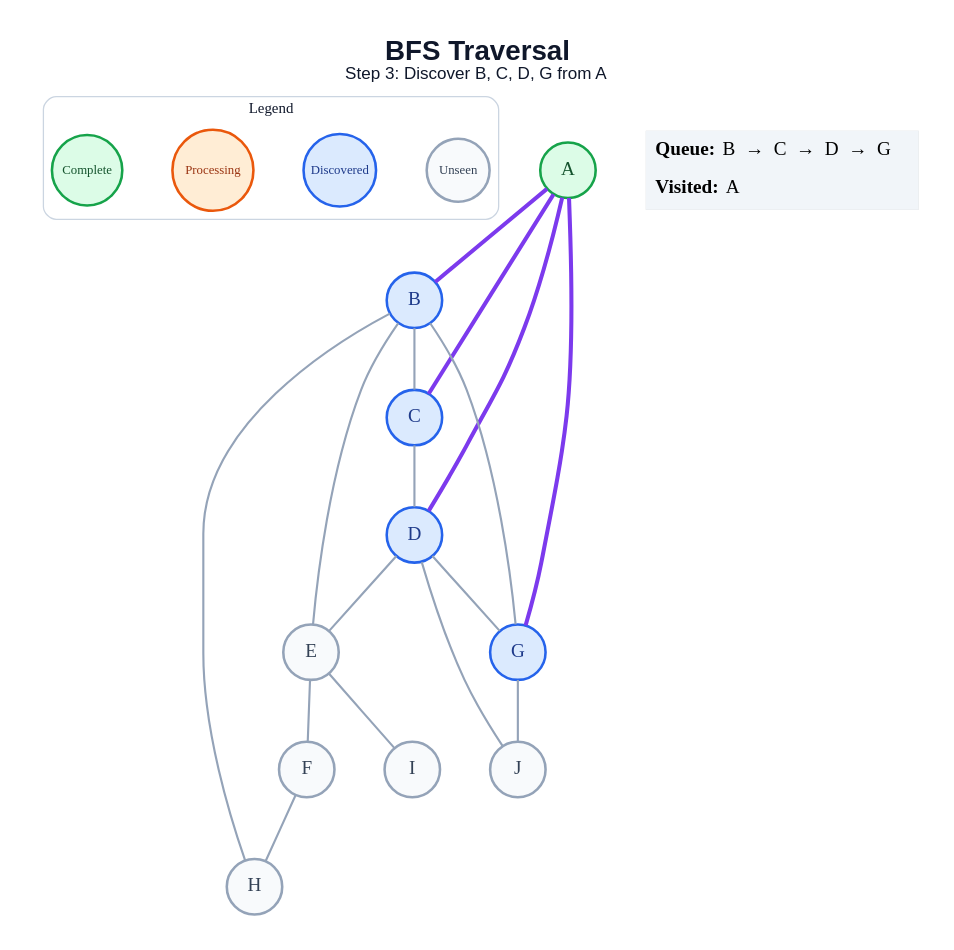
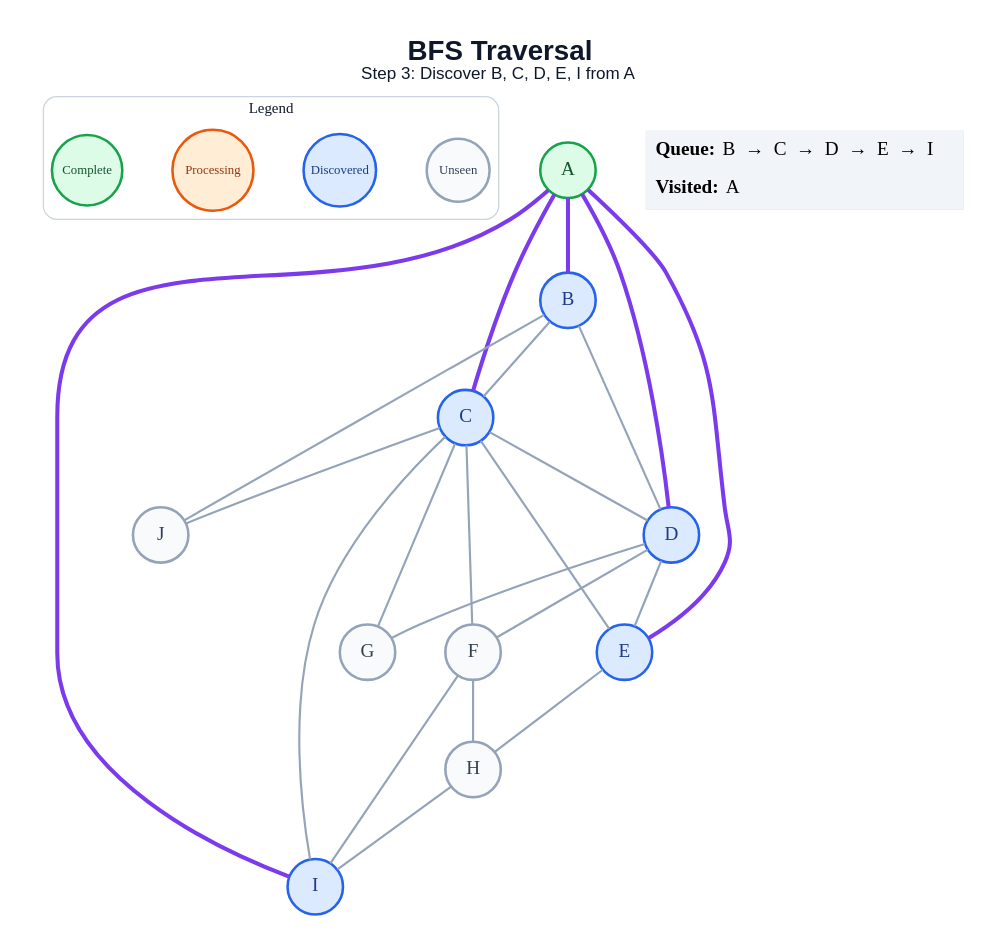
The diagram in generated/bfs/step_03.dot (amanghodawala9/ai-slop), drawn with Graphviz before and after one commit. The commit also changed 178 other files, not shown here.

```diff
--- a/generated/bfs/step_03.dot
+++ b/generated/bfs/step_03.dot
@@ -1,45 +1,50 @@
 graph traversal {
   graph [layout=dot, rankdir=TB, bgcolor="#FFFFFF", pad="0.35", nodesep="0.65", ranksep="0.8", fontname="Arial"];
   node [shape=circle, style="filled", fontname="Arial Bold", fontsize=18, width=0.72, fixedsize=true, penwidth=2.4];
   edge [color="#94A3B8", penwidth=2.0];
-  label=<<B>BFS Traversal</B><BR/><FONT POINT-SIZE="16">Step 3: Discover B, C, D, G from A</FONT>>; labelloc="t"; fontsize=26; fontname="Arial"; fontcolor="#0F172A";
+  label=<<B>BFS Traversal</B><BR/><FONT POINT-SIZE="16">Step 3: Discover B, C, D, E, I from A</FONT>>; labelloc="t"; fontsize=26; fontname="Arial"; fontcolor="#0F172A";
   subgraph cluster_legend { label="Legend"; color="#CBD5E1"; penwidth=1.2; style="rounded"; fontsize=14; fontname="Arial Bold";
     key_unseen [label="Unseen", fillcolor="#F8FAFC", color="#94A3B8", fontcolor="#334155", fontsize=12, width=0.82];
     key_frontier [label="Discovered", fillcolor="#DBEAFE", color="#2563EB", fontcolor="#1E3A8A", fontsize=12, width=0.95];
     key_current [label="Processing", fillcolor="#FFEDD5", color="#EA580C", fontcolor="#9A3412", fontsize=12, width=1.05];
     key_done [label="Complete", fillcolor="#DCFCE7", color="#16A34A", fontcolor="#14532D", fontsize=12, width=0.92];
     { rank=same; key_unseen; key_frontier; key_current; key_done; }
   }
   A [fillcolor="#DCFCE7", color="#16A34A", fontcolor="#14532D"];
   B [fillcolor="#DBEAFE", color="#2563EB", fontcolor="#1E3A8A"];
   C [fillcolor="#DBEAFE", color="#2563EB", fontcolor="#1E3A8A"];
   D [fillcolor="#DBEAFE", color="#2563EB", fontcolor="#1E3A8A"];
-  E [fillcolor="#F8FAFC", color="#94A3B8", fontcolor="#334155"];
+  E [fillcolor="#DBEAFE", color="#2563EB", fontcolor="#1E3A8A"];
   F [fillcolor="#F8FAFC", color="#94A3B8", fontcolor="#334155"];
-  G [fillcolor="#DBEAFE", color="#2563EB", fontcolor="#1E3A8A"];
+  G [fillcolor="#F8FAFC", color="#94A3B8", fontcolor="#334155"];
   H [fillcolor="#F8FAFC", color="#94A3B8", fontcolor="#334155"];
-  I [fillcolor="#F8FAFC", color="#94A3B8", fontcolor="#334155"];
+  I [fillcolor="#DBEAFE", color="#2563EB", fontcolor="#1E3A8A"];
   J [fillcolor="#F8FAFC", color="#94A3B8", fontcolor="#334155"];
   A -- B [color="#7C3AED", penwidth=3.8];
   A -- C [color="#7C3AED", penwidth=3.8];
   A -- D [color="#7C3AED", penwidth=3.8];
-  A -- G [color="#7C3AED", penwidth=3.8];
+  A -- E [color="#7C3AED", penwidth=3.8];
+  A -- I [color="#7C3AED", penwidth=3.8];
   B -- C;
-  B -- E;
-  B -- G;
-  B -- H;
+  B -- D;
+  B -- J;
   C -- D;
+  C -- E;
+  C -- F;
+  C -- G;
+  C -- I;
+  C -- J;
   D -- E;
+  D -- F;
   D -- G;
-  D -- J;
-  E -- F;
-  E -- I;
+  E -- H;
   F -- H;
-  G -- J;
+  F -- I;
+  H -- I;
   status [shape=plain, fixedsize=false, width=0, height=0, margin=0, label=<
     <TABLE BORDER="0" CELLBORDER="0" CELLPADDING="7" BGCOLOR="#F1F5F9">
-      <TR><TD ALIGN="LEFT"><B>Queue:</B> B  →  C  →  D  →  G</TD></TR>
+      <TR><TD ALIGN="LEFT"><B>Queue:</B> B  →  C  →  D  →  E  →  I</TD></TR>
       <TR><TD ALIGN="LEFT"><B>Visited:</B> A</TD></TR>
     </TABLE>
   >];
 }
```
